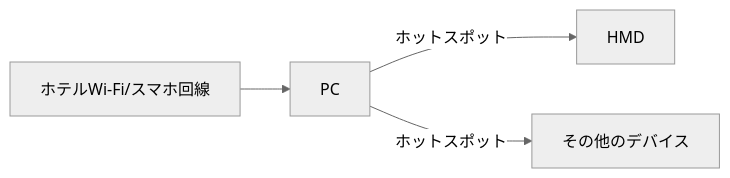
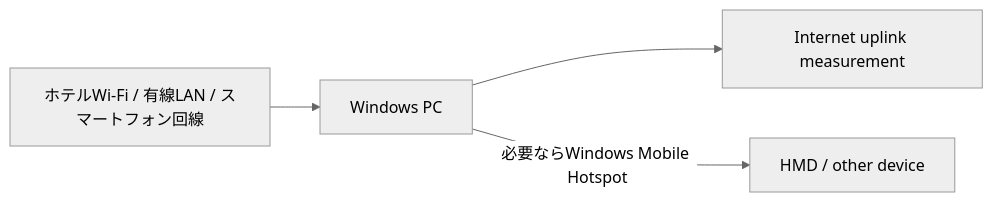
Before and after one commit to KAFKA2306/BestEthernet: the diagram in README.md, drawn with Mermaid (neutral theme). The commit also changed other lines of this file and 8 other files, not shown here.

````diff
--- a/README.md
+++ b/README.md
@@ -35,6 +45,6 @@
 ```mermaid
 graph LR
-    A[ホテルWi-Fi/スマホ回線] --> B[PC]
-    B -->|ホットスポット| C[HMD]
-    B -->|ホットスポット| D[その他のデバイス]
+    A[ホテルWi-Fi / 有線LAN / スマートフォン回線] --> B[Windows PC]
+    B --> C[Internet uplink measurement]
+    B -->|必要ならWindows Mobile Hotspot| D[HMD / other device]
 ```
````
